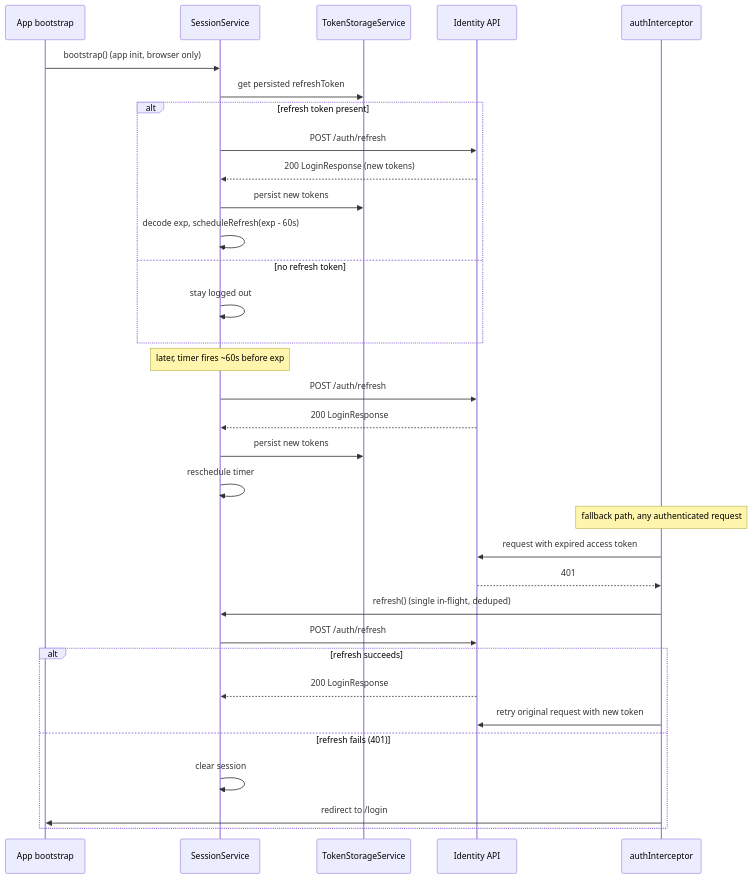
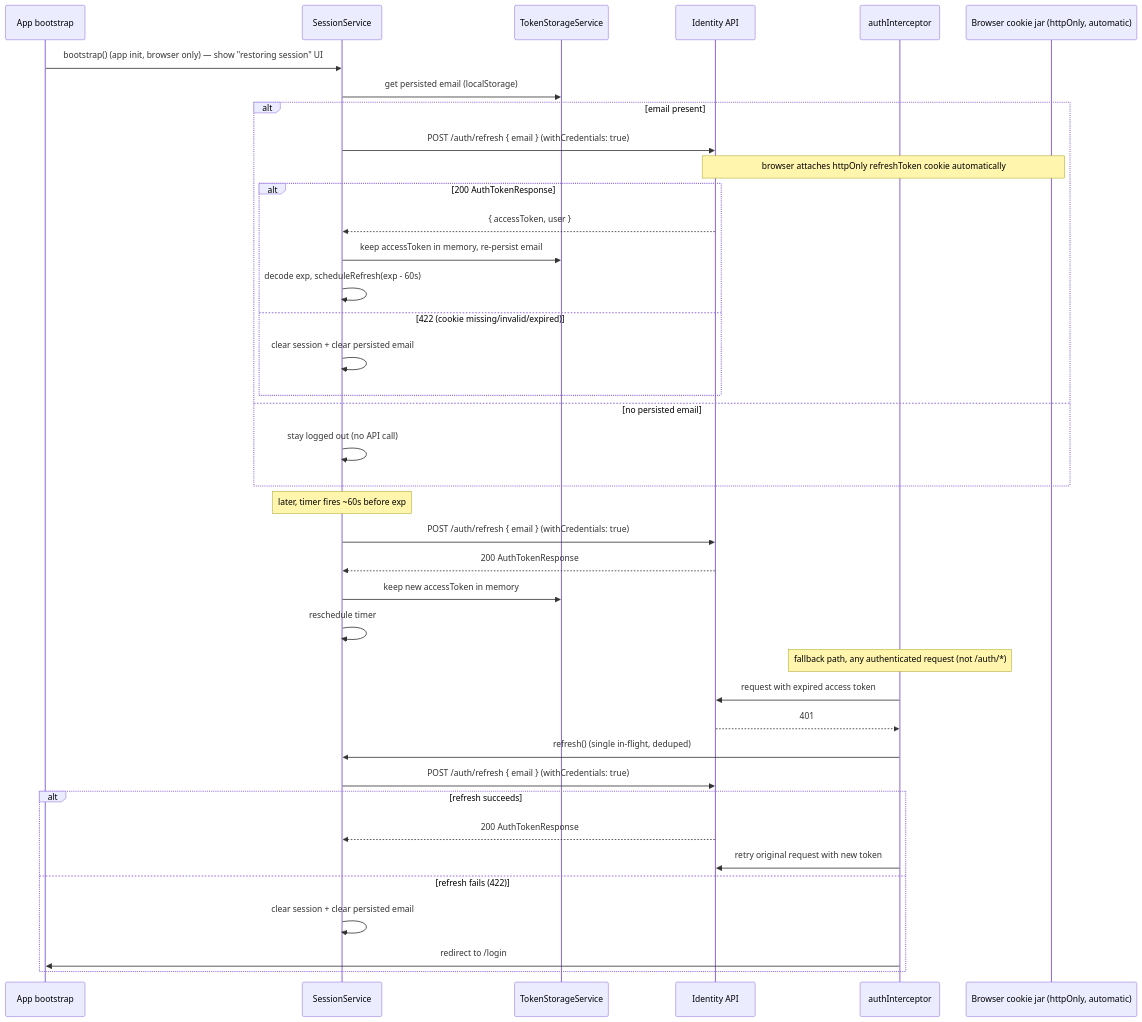
Before and after one commit to eugeniobandeira/rentifyx-frontend: the second of 2 diagrams in .specs/features/identity/design.md, drawn with Mermaid. The commit also changed other lines of this file and 4 other files, not shown here.

````diff
--- a/.specs/features/identity/design.md
+++ b/.specs/features/identity/design.md
@@ -48,38 +48,44 @@
 ```mermaid
 sequenceDiagram
     participant App as App bootstrap
     participant Session as SessionService
     participant Store as TokenStorageService
     participant API as Identity API
     participant Interceptor as authInterceptor
+    participant Cookie as Browser cookie jar (httpOnly, automatic)
 
-    App->>Session: bootstrap() (app init, browser only)
-    Session->>Store: get persisted refreshToken
-    alt refresh token present
-        Session->>API: POST /auth/refresh
-        API-->>Session: 200 LoginResponse (new tokens)
-        Session->>Store: persist new tokens
-        Session->>Session: decode exp, scheduleRefresh(exp - 60s)
-    else no refresh token
-        Session->>Session: stay logged out
+    App->>Session: bootstrap() (app init, browser only) — show "restoring session" UI
+    Session->>Store: get persisted email (localStorage)
+    alt email present
+        Session->>API: POST /auth/refresh { email } (withCredentials: true)
+        Note over Cookie,API: browser attaches httpOnly refreshToken cookie automatically
+        alt 200 AuthTokenResponse
+            API-->>Session: { accessToken, user }
+            Session->>Store: keep accessToken in memory, re-persist email
+            Session->>Session: decode exp, scheduleRefresh(exp - 60s)
+        else 422 (cookie missing/invalid/expired)
+            Session->>Session: clear session + clear persisted email
+        end
+    else no persisted email
+        Session->>Session: stay logged out (no API call)
     end
 
     Note over Session: later, timer fires ~60s before exp
-    Session->>API: POST /auth/refresh
-    API-->>Session: 200 LoginResponse
-    Session->>Store: persist new tokens
+    Session->>API: POST /auth/refresh { email } (withCredentials: true)
+    API-->>Session: 200 AuthTokenResponse
+    Session->>Store: keep new accessToken in memory
     Session->>Session: reschedule timer
 
-    Note over Interceptor: fallback path, any authenticated request
+    Note over Interceptor: fallback path, any authenticated request (not /auth/*)
     Interceptor->>API: request with expired access token
     API-->>Interceptor: 401
     Interceptor->>Session: refresh() (single in-flight, deduped)
-    Session->>API: POST /auth/refresh
+    Session->>API: POST /auth/refresh { email } (withCredentials: true)
     alt refresh succeeds
-        API-->>Session: 200 LoginResponse
+        API-->>Session: 200 AuthTokenResponse
         Interceptor->>API: retry original request with new token
-    else refresh fails (401)
-        Session->>Session: clear session
+    else refresh fails (422)
+        Session->>Session: clear session + clear persisted email
         Interceptor->>App: redirect to /login
     end
 ```
````
